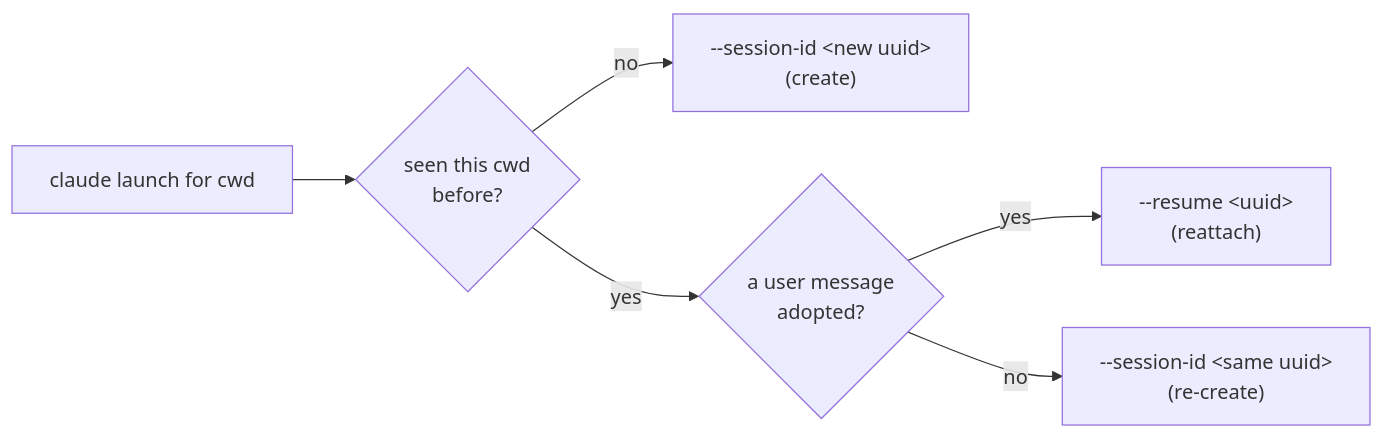
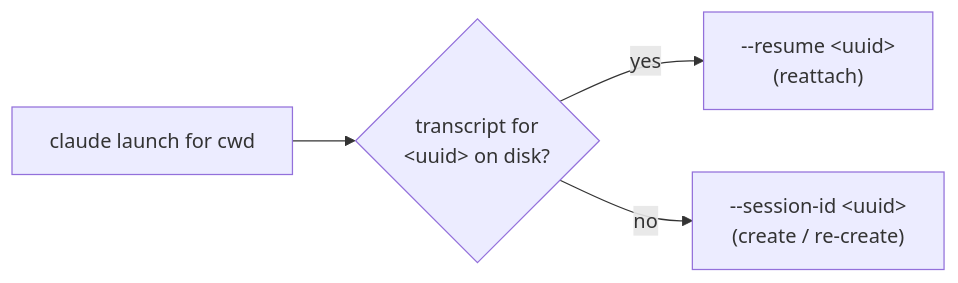
Before and after one commit to Kapps/weavie: the diagram in docs/specs/claude-session-resume.md, drawn with Mermaid. The commit also changed other lines of this file and 6 other files, not shown here.

````diff
--- a/docs/specs/claude-session-resume.md
+++ b/docs/specs/claude-session-resume.md
@@ -34,8 +31,6 @@
 ```mermaid
 flowchart LR
-    L["claude launch for cwd"] --> Q{"seen this cwd<br/>before?"}
-    Q -- no --> N["--session-id &lt;new uuid&gt;<br/>(create)"]
-    Q -- yes --> A{"a user message<br/>adopted?"}
-    A -- yes --> R["--resume &lt;uuid&gt;<br/>(reattach)"]
-    A -- no --> C["--session-id &lt;same uuid&gt;<br/>(re-create)"]
+    L["claude launch for cwd"] --> T{"transcript for<br/>&lt;uuid&gt; on disk?"}
+    T -- yes --> R["--resume &lt;uuid&gt;<br/>(reattach)"]
+    T -- no --> N["--session-id &lt;uuid&gt;<br/>(create / re-create)"]
 ```
````
